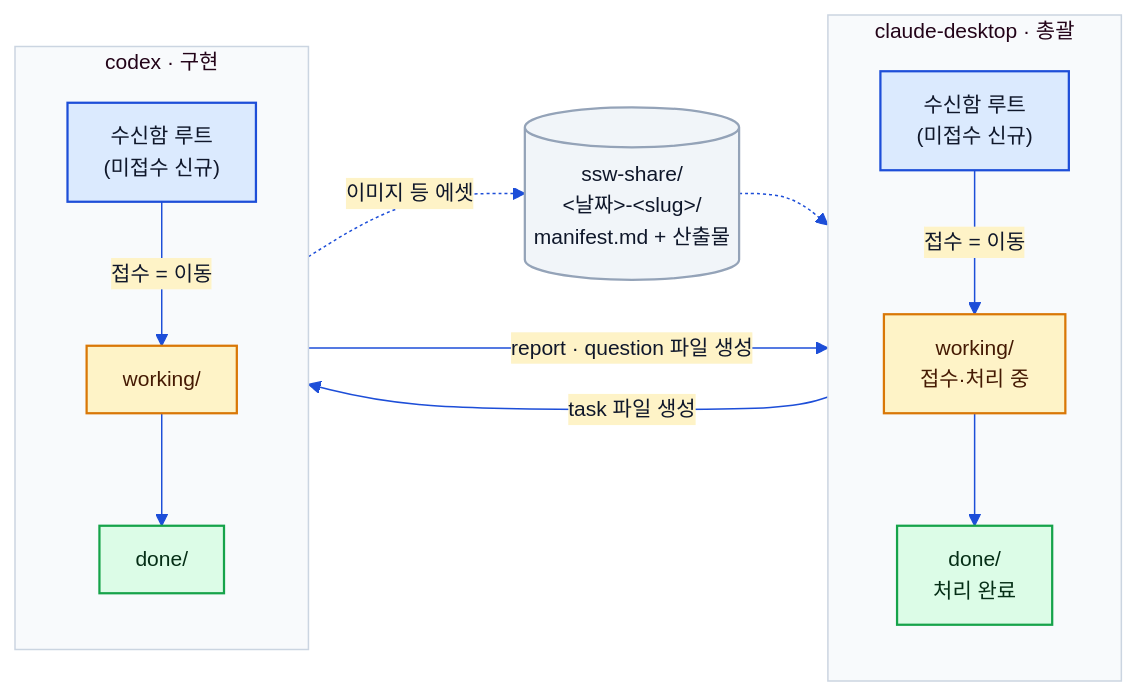
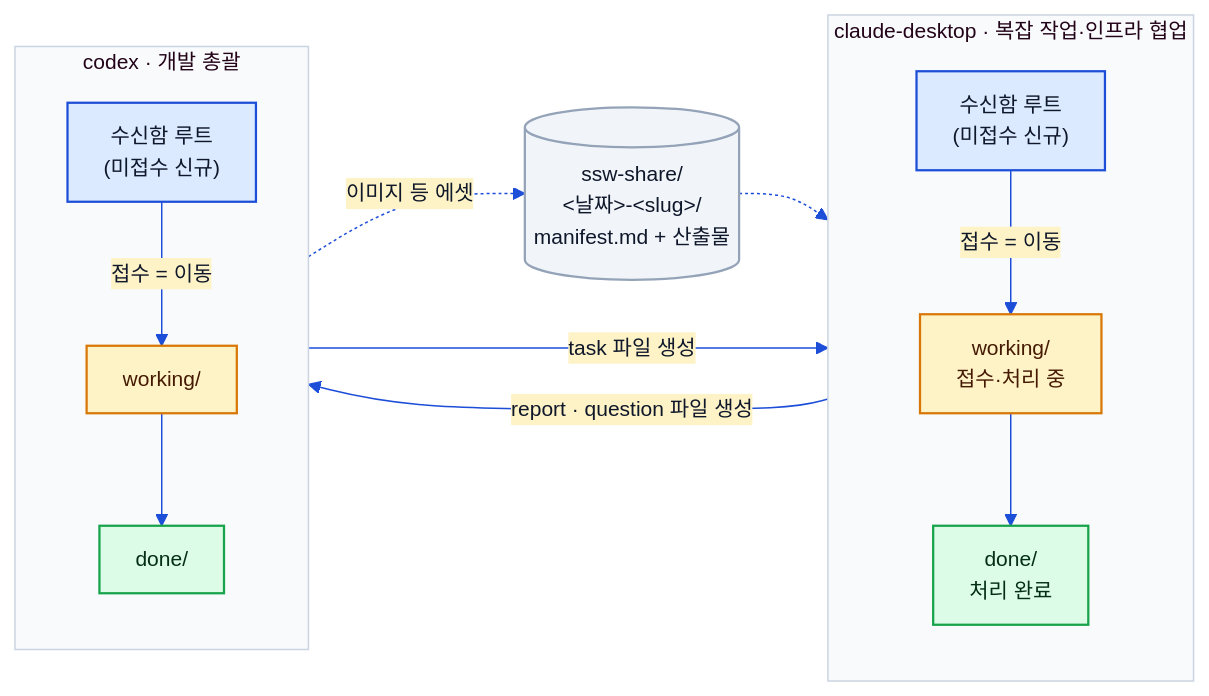
Before and after one commit to s-work-agency/ssw-e-commerce-demo-public: the second of 2 diagrams in docs/architecture/08-verification-pipeline.md, drawn with Mermaid. The commit also changed other lines of this file and 18 other files, not shown here.

````diff
--- a/docs/architecture/08-verification-pipeline.md
+++ b/docs/architecture/08-verification-pipeline.md
@@ -101,36 +99,36 @@
 ```mermaid
 %%{init: {"theme":"base","fontFamily":"Pretendard, Malgun Gothic, sans-serif","themeVariables":{"fontSize":"14px","primaryColor":"#DBEAFE","primaryBorderColor":"#1D4ED8","primaryTextColor":"#0F172A","lineColor":"#1D4ED8","secondaryColor":"#FEF3C7","tertiaryColor":"#DCFCE7","clusterBkg":"#F8FAFC","clusterBorder":"#CBD5E1","noteBkgColor":"#FEF3C7","noteBorderColor":"#D97706","actorBkg":"#DBEAFE","actorBorder":"#1D4ED8","actorTextColor":"#0F172A","signalColor":"#1D4ED8","signalTextColor":"#0F172A","labelBoxBkgColor":"#DBEAFE","labelBoxBorderColor":"#1D4ED8","altSectionBkgColor":"#F8FAFC"},"flowchart":{"curve":"basis","htmlLabels":true,"padding":12}}}%%
 %% 공통 브랜드 테마 — architecture/*.md 전 다이어그램에 동일한 init 블록이 들어간다. 색을 바꿀 때는 이 폴더 전 파일을 일괄 치환할 것.
 flowchart LR
-    subgraph cd["claude-desktop · 총괄"]
+    subgraph cd["claude-desktop · 복잡 작업·인프라 협업"]
         direction TB
         cdRoot["수신함 루트<br/>(미접수 신규)"]
         cdWork["working/<br/>접수·처리 중"]
         cdDone["done/<br/>처리 완료"]
         cdRoot -->|"접수 = 이동"| cdWork --> cdDone
     end
 
-    subgraph cx["codex · 구현"]
+    subgraph cx["codex · 개발 총괄"]
         direction TB
         cxRoot["수신함 루트<br/>(미접수 신규)"]
         cxWork["working/"]
         cxDone["done/"]
         cxRoot -->|"접수 = 이동"| cxWork --> cxDone
     end
 
     share[("ssw-share/<br/>&lt;날짜&gt;-&lt;slug&gt;/<br/>manifest.md + 산출물")]
 
-    cdWork -->|"task 파일 생성"| cxRoot
-    cxWork -->|"report · question 파일 생성"| cdRoot
+    cxWork -->|"task 파일 생성"| cdRoot
+    cdWork -->|"report · question 파일 생성"| cxRoot
     cxWork -.->|"이미지 등 에셋"| share
     share -.-> cdWork
 
     classDef own fill:#DBEAFE,stroke:#1D4ED8,stroke-width:1.5px,color:#0F172A
     classDef work fill:#FEF3C7,stroke:#D97706,stroke-width:1.5px,color:#451A03
     classDef done fill:#DCFCE7,stroke:#16A34A,stroke-width:1.5px,color:#052E16
     classDef ext fill:#F1F5F9,stroke:#94A3B8,stroke-width:1.5px,color:#0F172A
     class cdRoot,cxRoot own
     class cdWork,cxWork work
     class cdDone,cxDone done
     class share ext
 ```
````
